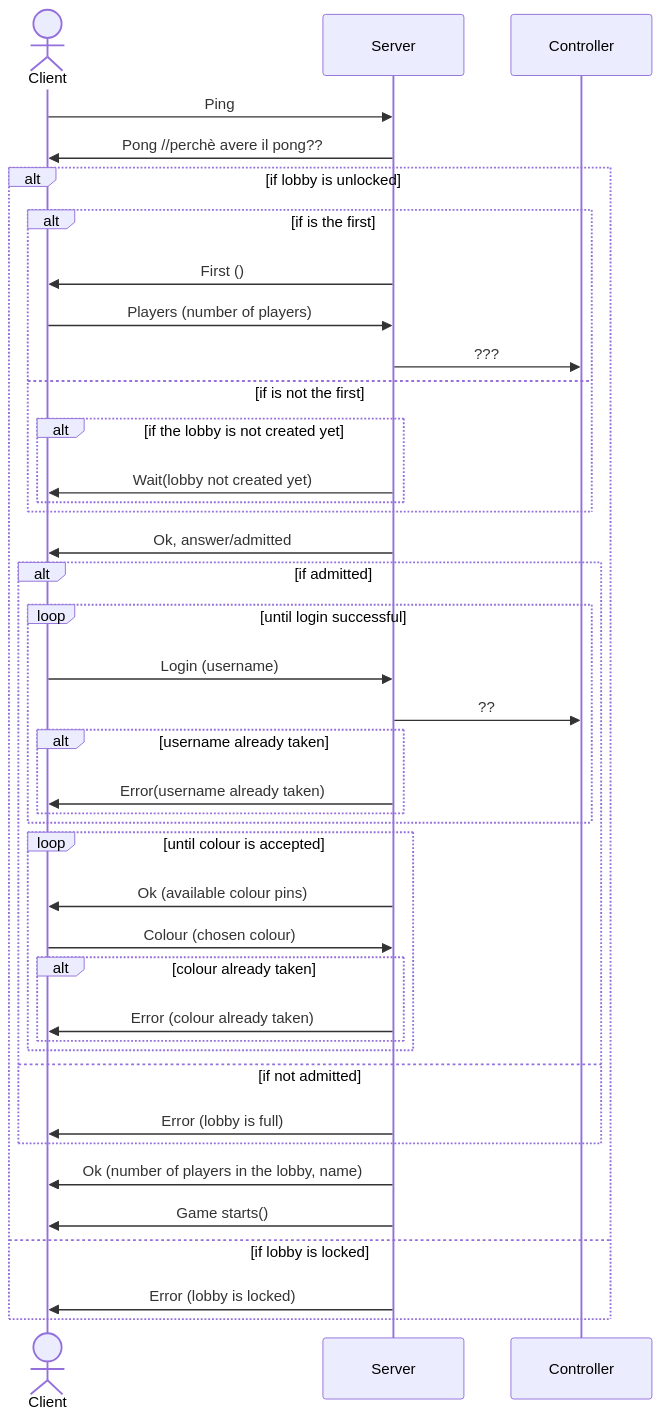
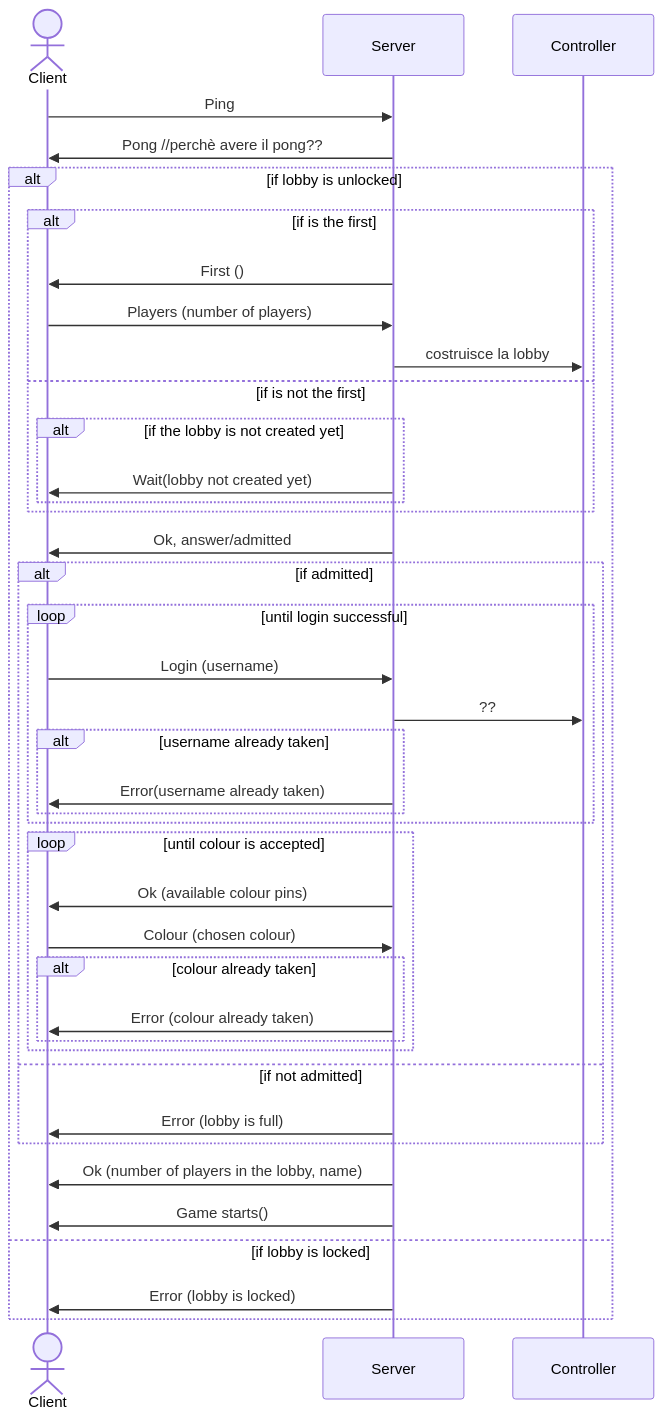
The first of 4 diagrams in deliverables/connection-serius.md (TheCaptainCraken/IS24-AM26), drawn with Mermaid before and after one commit. The commit also changed other lines of this file, not shown here.

Commit message:
update of uml

````diff
--- a/deliverables/connection-serius.md
+++ b/deliverables/connection-serius.md
@@ -5,44 +5,44 @@
 ```mermaid
 sequenceDiagram
     actor Client
     participant Server
     participant Controller
 
     Client ->> Server: Ping
     Server ->> Client: Pong //perchè avere il pong??
     alt if lobby is unlocked
         alt if is the first
             Server ->> Client: First ()
             Client ->> Server: Players (number of players)
-            Server ->> Controller: ???
+            Server ->> Controller: costruisce la lobby
         else if is not the first
             alt if the lobby is not created yet
                 Server ->> Client:  Wait(lobby not created yet) 
             end   
         end
         Server ->> Client: Ok, answer/admitted
         alt if admitted
             loop until login successful
                 Client ->> Server: Login (username)
                 Server ->> Controller: ??
                     alt username already taken
                         Server ->> Client: Error(username already taken)
                     end
             end
               loop until colour is accepted
                   Server ->> Client: Ok (available colour pins)
                   Client ->> Server: Colour (chosen colour)
                   alt colour already taken
                     Server ->> Client: Error (colour already taken) 
                   end
             end
         else if not admitted
             Server ->> Client: Error (lobby is full)
         end
         Server ->> Client: Ok (number of players in the lobby, name)
         Server ->> Client: Game starts()
     else if lobby is locked
         Server ->> Client: Error (lobby is locked)
     end
 
 ```
````
